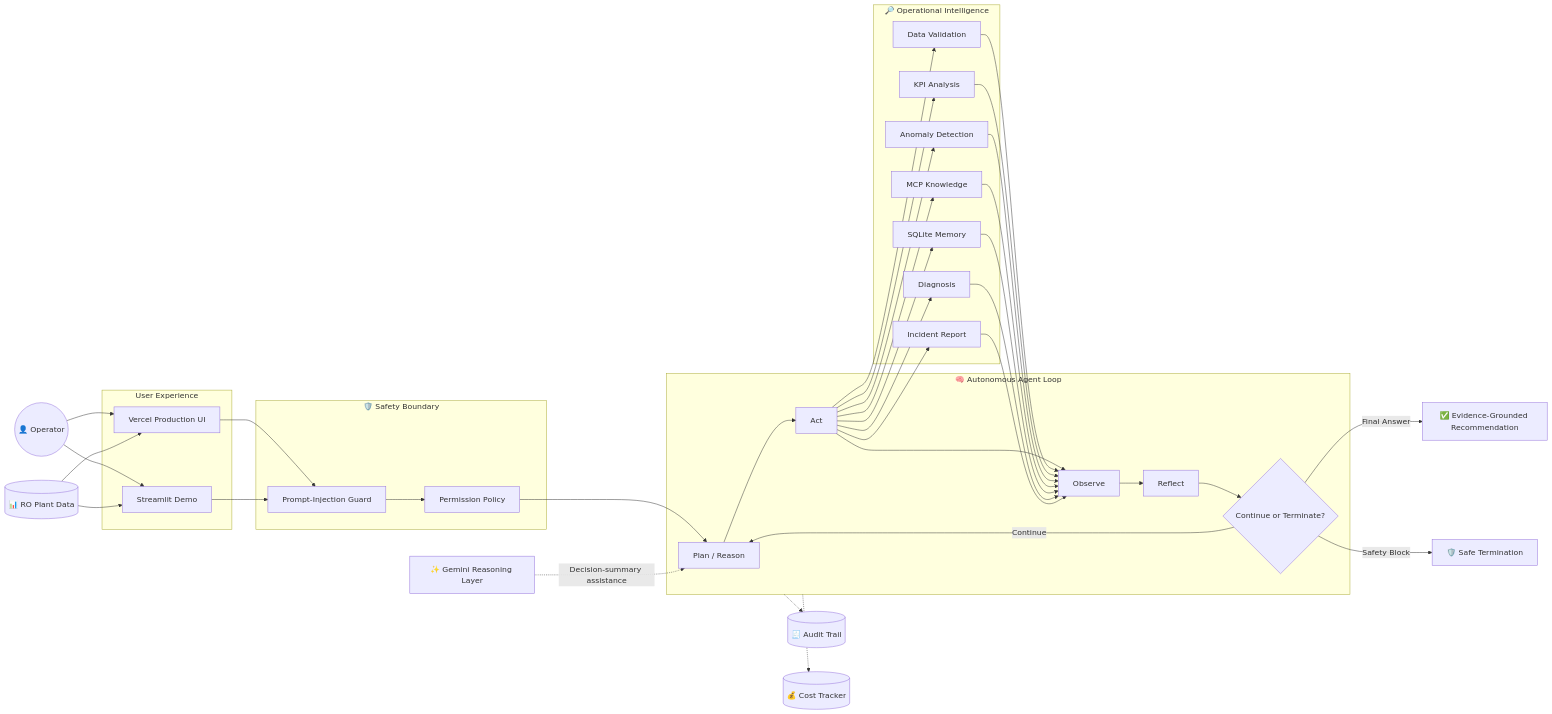
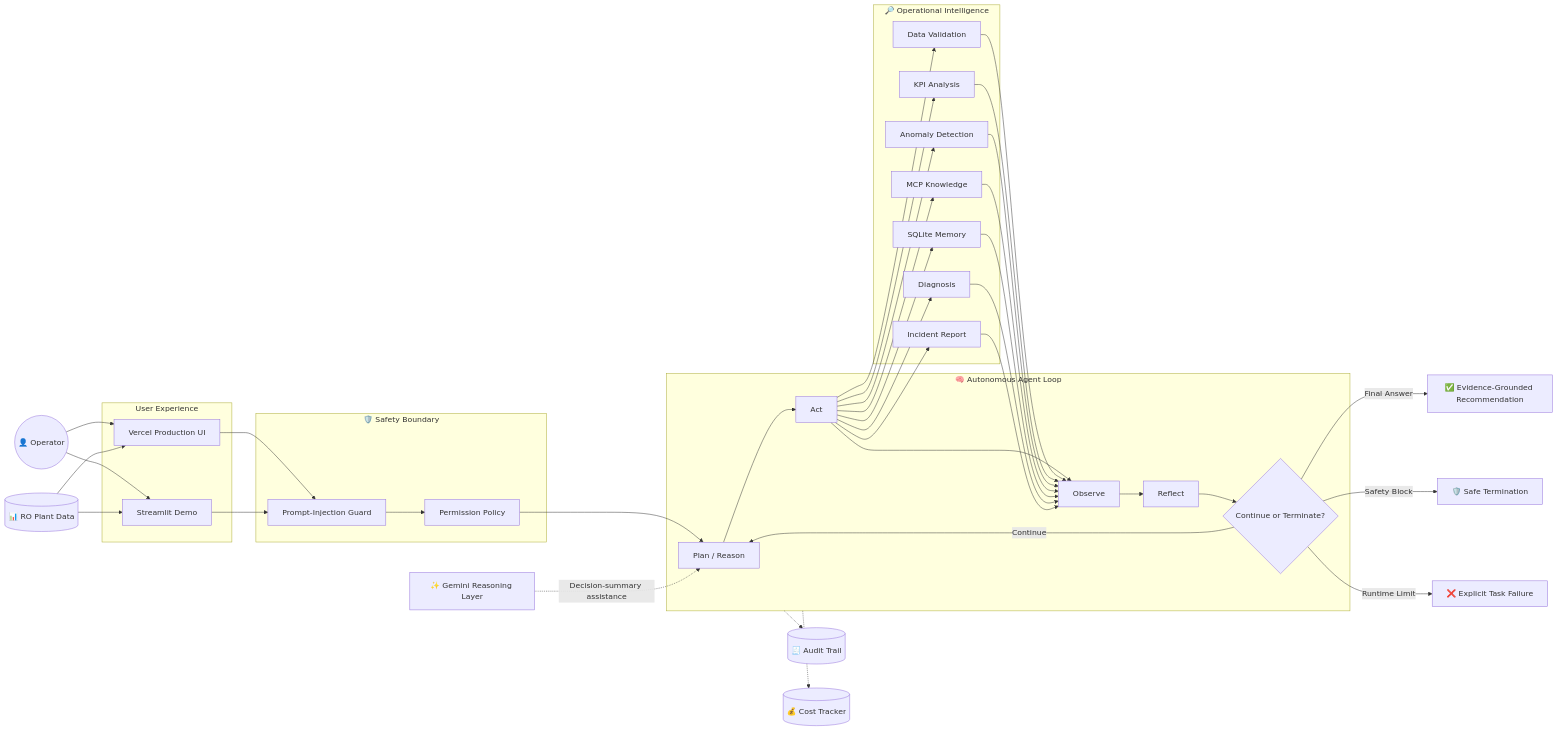
The diagram in README.md (xmohamedtariq/AquaMindAI-Agent), drawn with Mermaid before and after one commit. The commit also changed other lines of this file, not shown here.

````diff
--- a/README.md
+++ b/README.md
@@ -68,79 +69,80 @@
 ```mermaid
 flowchart LR
 
     U((👤 Operator))
     DATA[(📊 RO Plant Data)]
 
     subgraph UX["User Experience"]
         WEB["Vercel Production UI"]
         ST["Streamlit Demo"]
     end
 
     subgraph SAFE["🛡️ Safety Boundary"]
         GUARD["Prompt-Injection Guard"]
         PERM["Permission Policy"]
     end
 
     subgraph AGENT["🧠 Autonomous Agent Loop"]
         PLAN["Plan / Reason"]
         ACT["Act"]
         OBS["Observe"]
         REF["Reflect"]
         DEC{"Continue or Terminate?"}
 
         PLAN --> ACT
         ACT --> OBS
         OBS --> REF
         REF --> DEC
         DEC -- Continue --> PLAN
     end
 
     subgraph INTEL["🔎 Operational Intelligence"]
         VAL["Data Validation"]
         KPI["KPI Analysis"]
         ANO["Anomaly Detection"]
         MCP["MCP Knowledge"]
         MEM["SQLite Memory"]
         DIA["Diagnosis"]
         REP["Incident Report"]
     end
 
     GEM["✨ Gemini Reasoning Layer"]
     AUDIT[("🧾 Audit Trail")]
     COST[("💰 Cost Tracker")]
 
     U --> WEB
     U --> ST
     DATA --> WEB
     DATA --> ST
 
     WEB --> GUARD
     ST --> GUARD
 
     GUARD --> PERM
     PERM --> PLAN
 
     GEM -. "Decision-summary assistance" .-> PLAN
 
     ACT --> VAL
     ACT --> KPI
     ACT --> ANO
     ACT --> MCP
     ACT --> MEM
     ACT --> DIA
     ACT --> REP
 
     VAL --> OBS
     KPI --> OBS
     ANO --> OBS
     MCP --> OBS
     MEM --> OBS
     DIA --> OBS
     REP --> OBS
 
     DEC -- Final Answer --> RESULT["✅ Evidence-Grounded Recommendation"]
     DEC -- Safety Block --> BLOCK["🛡️ Safe Termination"]
+    DEC -- Runtime Limit --> FAIL["❌ Explicit Task Failure"]
 
     AGENT -.-> AUDIT
     AGENT -.-> COST
 ```
````
